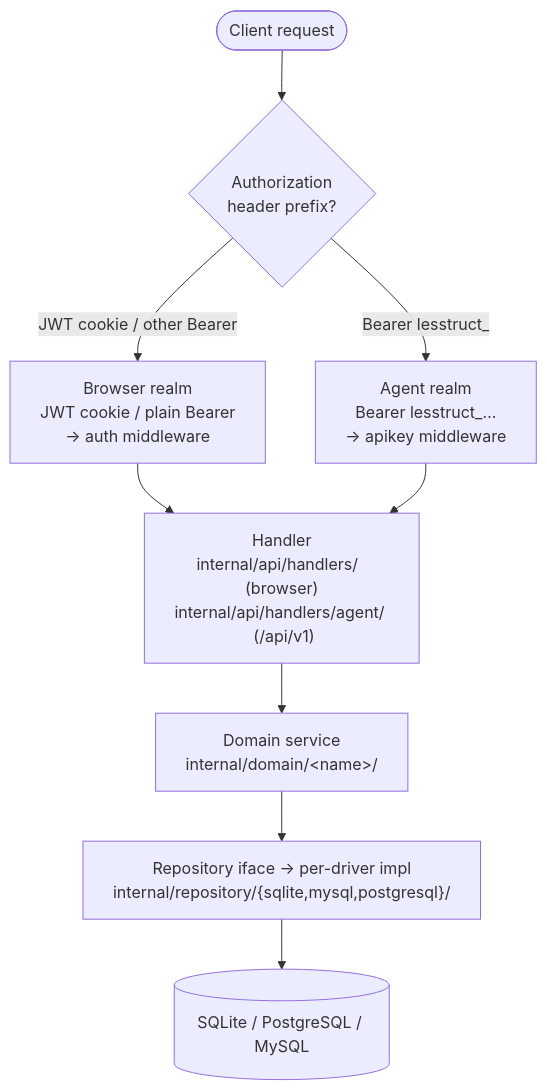
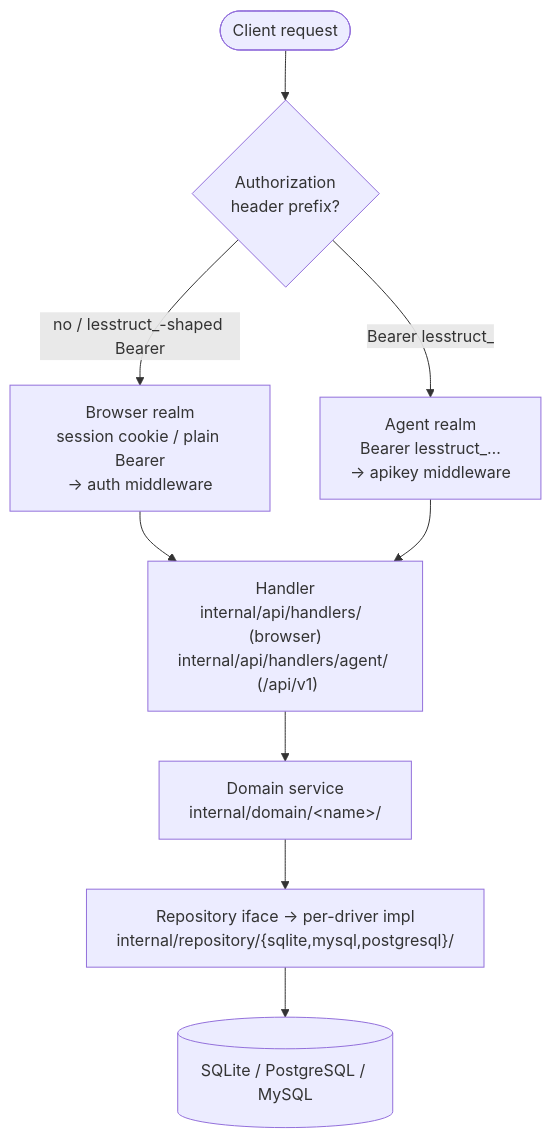
Before and after one commit to aristorinjuang/lesstruct: the diagram in docs/project-context.md, drawn with Mermaid. The commit also changed other lines of this file and 1056 other files, not shown here.

````diff
--- a/docs/project-context.md
+++ b/docs/project-context.md
@@ -92,16 +95,16 @@
 ```mermaid
 flowchart TD
     Client([Client request])
     Disp{"Authorization<br/>header prefix?"}
-    Browser["Browser realm<br/>JWT cookie / plain Bearer<br/>→ auth middleware"]
+    Browser["Browser realm<br/>session cookie / plain Bearer<br/>→ auth middleware"]
     Agent["Agent realm<br/>Bearer lesstruct_…<br/>→ apikey middleware"]
     Handler["Handler<br/>internal/api/handlers/  (browser)<br/>internal/api/handlers/agent/  (/api/v1)"]
     Service["Domain service<br/>internal/domain/&lt;name&gt;/"]
     Repo["Repository iface → per-driver impl<br/>internal/repository/{sqlite,mysql,postgresql}/"]
     DB[("SQLite / PostgreSQL / MySQL")]
 
     Client --> Disp
-    Disp -- "JWT cookie / other Bearer" --> Browser --> Handler
+    Disp -- "no / lesstruct_-shaped Bearer" --> Browser --> Handler
     Disp -- "Bearer lesstruct_" --> Agent --> Handler
     Handler --> Service --> Repo --> DB
 ```
````
